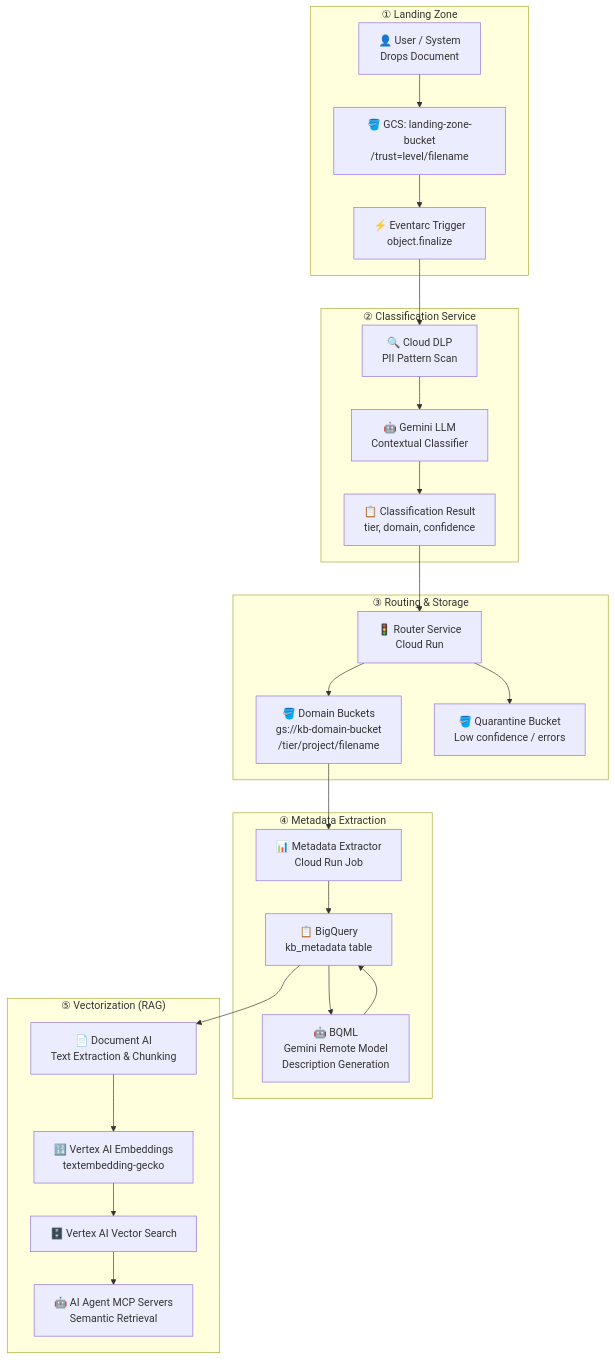
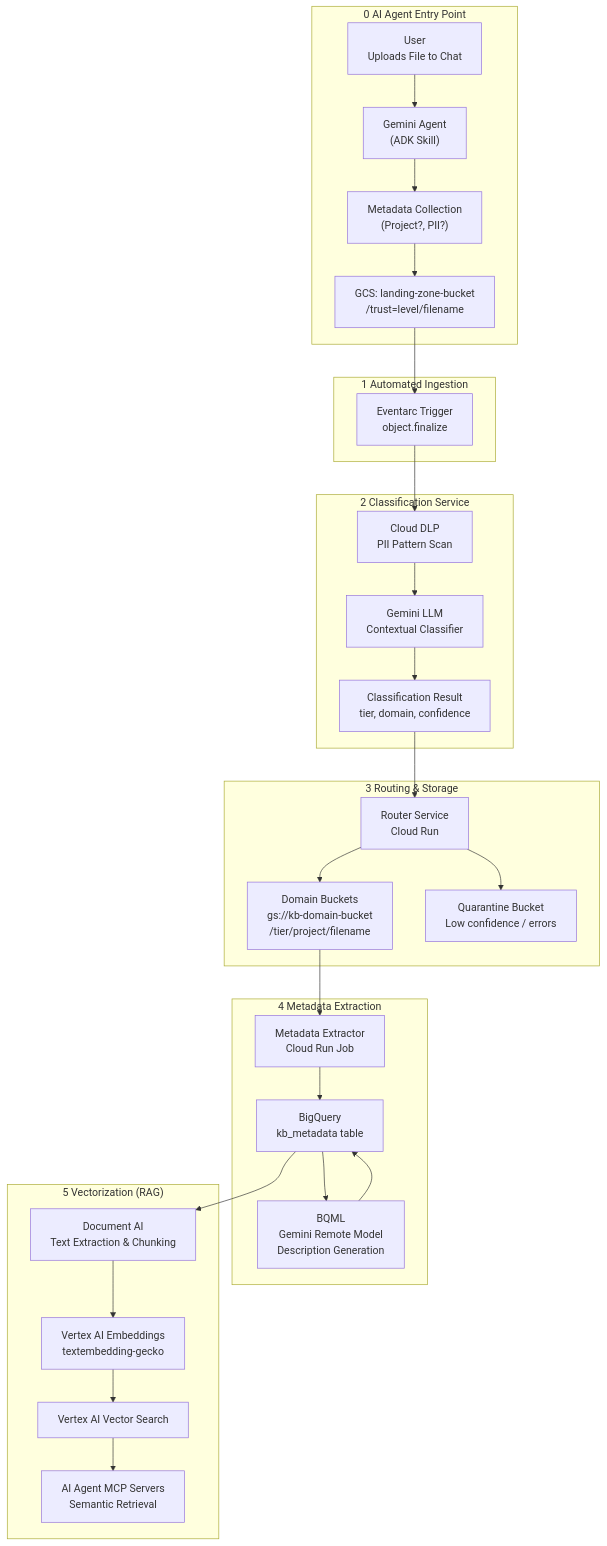
Before and after one commit to eamadorm-endava/Research-Agent: the diagram in docs/Data-Pipelines/Enterprise-Knowledge-Base/Design.md, drawn with Mermaid. The commit also changed other lines of this file, not shown here.

Commit message:
Modify Pipeline Architecture to align with ADR-001

````diff
--- a/docs/Data-Pipelines/Enterprise-Knowledge-Base/Design.md
+++ b/docs/Data-Pipelines/Enterprise-Knowledge-Base/Design.md
@@ -25,33 +26,38 @@
 ```mermaid
 flowchart TD
-    subgraph INGEST["① Landing Zone"]
-        A["👤 User / System\nDrops Document"] --> B["🪣 GCS: landing-zone-bucket\n/trust=level/filename"]
-        B --> C["⚡ Eventarc Trigger\nobject.finalize"]
+    subgraph AGENT["0 AI Agent Entry Point"]
+        Z["User\nUploads File to Chat"] --> Y["Gemini Agent\n(ADK Skill)"]
+        Y --> X["Metadata Collection\n(Project?, PII?)"]
+        X --> B["GCS: landing-zone-bucket\n/trust=level/filename"]
     end
 
-    subgraph CLASSIFY["② Classification Service"]
-        C --> D["🔍 Cloud DLP\nPII Pattern Scan"]
-        D --> E["🤖 Gemini LLM\nContextual Classifier"]
-        E --> F["📋 Classification Result\ntier, domain, confidence"]
+    subgraph INGEST["1 Automated Ingestion"]
+        B --> C["Eventarc Trigger\nobject.finalize"]
     end
 
-    subgraph ROUTE["③ Routing & Storage"]
-        F --> G["🚦 Router Service\nCloud Run"]
-        G --> H["🪣 Domain Buckets\ngs://kb-domain-bucket\n/tier/project/filename"]
-        G --> I["🪣 Quarantine Bucket\nLow confidence / errors"]
+    subgraph CLASSIFY["2 Classification Service"]
+        C --> D["Cloud DLP\nPII Pattern Scan"]
+        D --> E["Gemini LLM\nContextual Classifier"]
+        E --> F["Classification Result\ntier, domain, confidence"]
     end
 
-    subgraph META["④ Metadata Extraction"]
-        H --> J["📊 Metadata Extractor\nCloud Run Job"]
-        J --> K["📋 BigQuery\nkb_metadata table"]
-        K --> L["🤖 BQML\nGemini Remote Model\nDescription Generation"]
+    subgraph ROUTE["3 Routing & Storage"]
+        F --> G["Router Service\nCloud Run"]
+        G --> H["Domain Buckets\ngs://kb-domain-bucket\n/tier/project/filename"]
+        G --> I["Quarantine Bucket\nLow confidence / errors"]
+    end
+
+    subgraph META["4 Metadata Extraction"]
+        H --> J["Metadata Extractor\nCloud Run Job"]
+        J --> K["BigQuery\nkb_metadata table"]
+        K --> L["BQML\nGemini Remote Model\nDescription Generation"]
         L --> K
     end
 
-    subgraph VECTOR["⑤ Vectorization (RAG)"]
-        K --> M["📄 Document AI\nText Extraction & Chunking"]
-        M --> N["🔢 Vertex AI Embeddings\ntextembedding-gecko"]
-        N --> O["🗄️ Vertex AI Vector Search"]
-        O --> P["🤖 AI Agent MCP Servers\nSemantic Retrieval"]
+    subgraph VECTOR["5 Vectorization (RAG)"]
+        K --> M["Document AI\nText Extraction & Chunking"]
+        M --> N["Vertex AI Embeddings\ntextembedding-gecko"]
+        N --> O["Vertex AI Vector Search"]
+        O --> P["AI Agent MCP Servers\nSemantic Retrieval"]
     end
 ```
````
